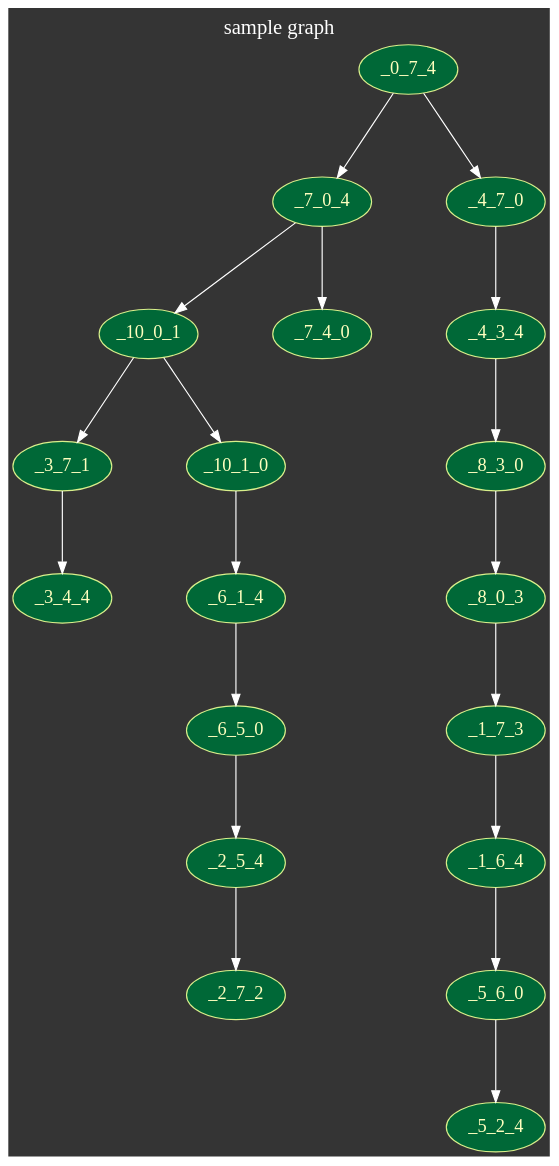
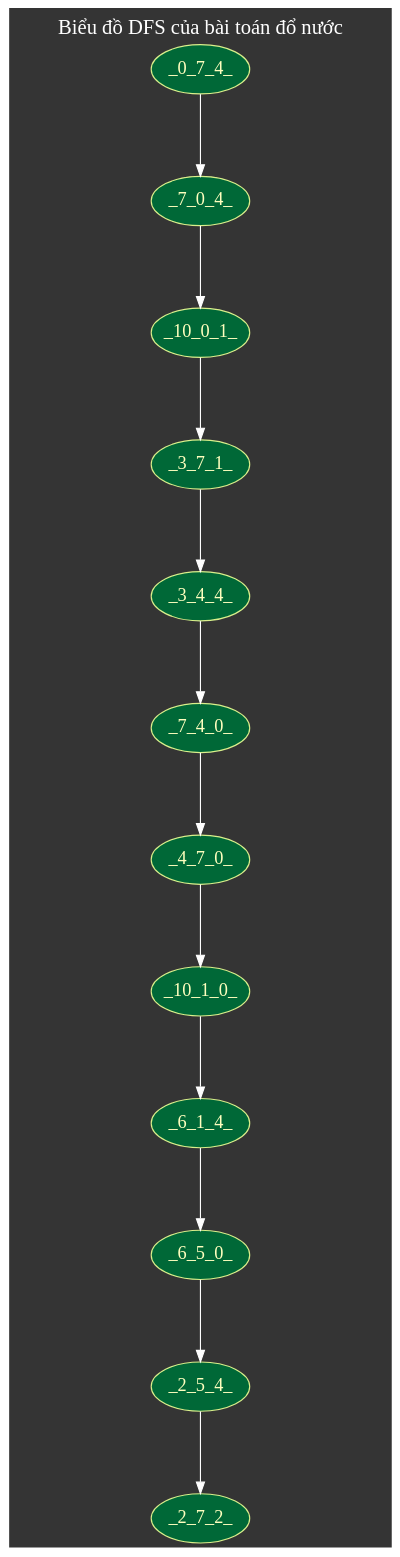
Before and after one commit to MinhThinLe/DiscreteMathAssignment: the diagram in ex1/graph.gv, drawn with Graphviz. The commit also changed 8 other files, not shown here.

```diff
--- a/ex1/graph.gv
+++ b/ex1/graph.gv
@@ -1,80 +1,53 @@
 digraph graph_name {
   graph [
     charset = "UTF-8";
-    label = "sample graph",
+    label = "Biểu đồ DFS của bài toán đổ nước",
     labelloc = "t",
     labeljust = "c",
     bgcolor = "#343434",
     fontcolor = white,
     fontsize = 18,
     style = "filled",
     rankdir = TB,
     margin = 0.2,
     splines = spline,
     ranksep = 1.0,
     nodesep = 0.9
   ];
 
   node [
     colorscheme = "rdylgn11"
     style = "solid,filled",
     fontsize = 16,
     fontcolor = 6,
     fontname = "Migu 1M",
     color = 7,
     fillcolor = 11,
     fixedsize = true,
     height = 0.6,
     width = 1.2
   ];
 
   edge [
     style = solid,
     fontsize = 14,
     fontcolor = white,
     fontname = "Migu 1M",
     color = white,
     labelfloat = true,
     labeldistance = 2.5,
     labelangle = 70
   ];
-    
-    _0_7_4;
-    _7_0_4;
-    _4_7_0;
-    _10_0_1;
-    _7_4_0;
-    _3_7_1;
-    _10_1_0;
-    _3_4_4;
-    _6_1_4;
-    _6_5_0;
-    _2_5_4;
-    _2_7_2;
-    _4_3_4;
-    _8_3_0;
-    _8_0_3;
-    _1_7_3;
-    _1_6_4;
-    _5_6_0;
-    _5_2_4;
 
-    _0_7_4  -> _7_0_4
-    _7_0_4  -> _10_0_1
-    _10_0_1 -> _3_7_1
-    _3_7_1  -> _3_4_4
-    _10_0_1 -> _10_1_0
-    _10_1_0 -> _6_1_4
-    _6_1_4 -> _6_5_0
-    _6_5_0 -> _2_5_4
-    _2_5_4 -> _2_7_2
-    _7_0_4 -> _7_4_0
-    _0_7_4 -> _4_7_0
-    _4_7_0 -> _4_3_4
-    _4_3_4 -> _8_3_0
-    _8_3_0 -> _8_0_3
-    _8_0_3 -> _1_7_3
-    _1_7_3 -> _1_6_4
-    _1_6_4 -> _5_6_0
-    _5_6_0 -> _5_2_4
+    _0_7_4_ -> _7_0_4_
+    _7_0_4_ -> _10_0_1_
+    _10_0_1_ -> _3_7_1_
+    _3_7_1_ -> _3_4_4_
+    _3_4_4_ -> _7_4_0_
+    _7_4_0_ -> _4_7_0_
+    _4_7_0_ -> _10_1_0_
+    _10_1_0_ -> _6_1_4_
+    _6_1_4_ -> _6_5_0_
+    _6_5_0_ -> _2_5_4_
+    _2_5_4_ -> _2_7_2_
 }
```
